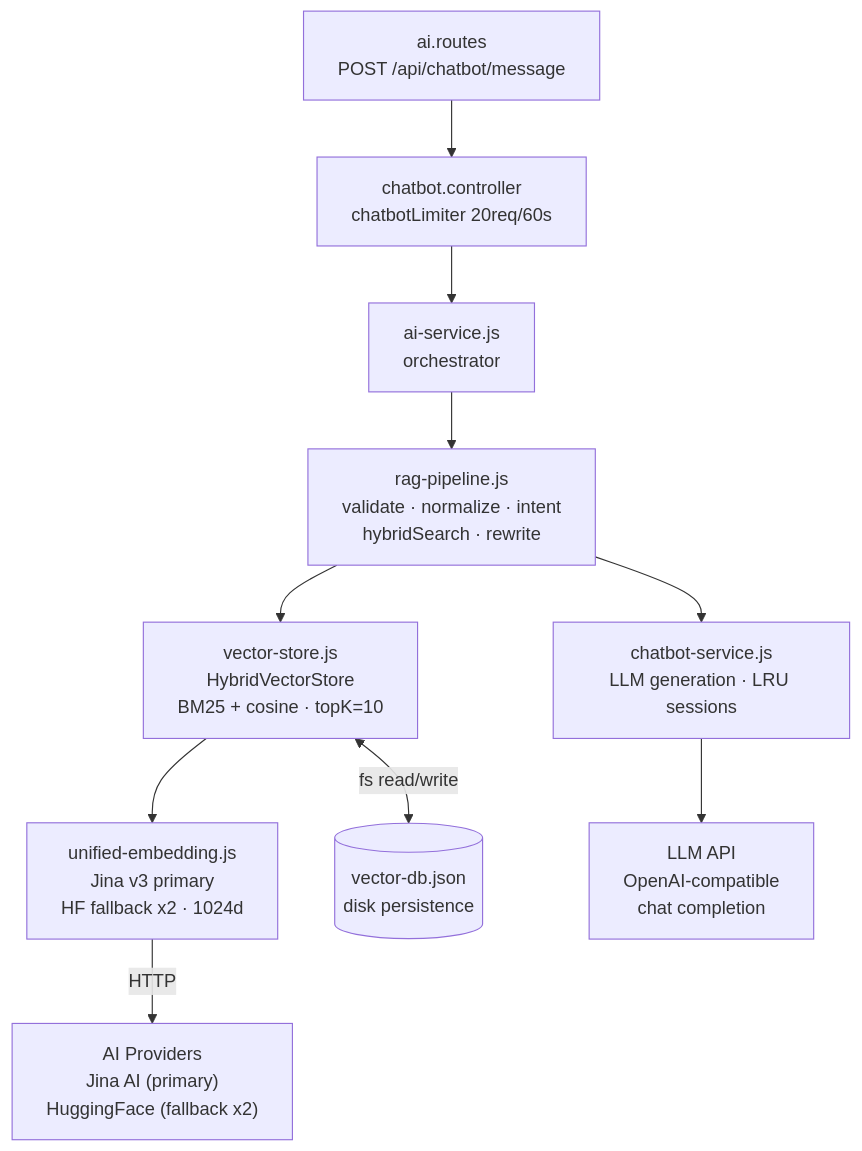
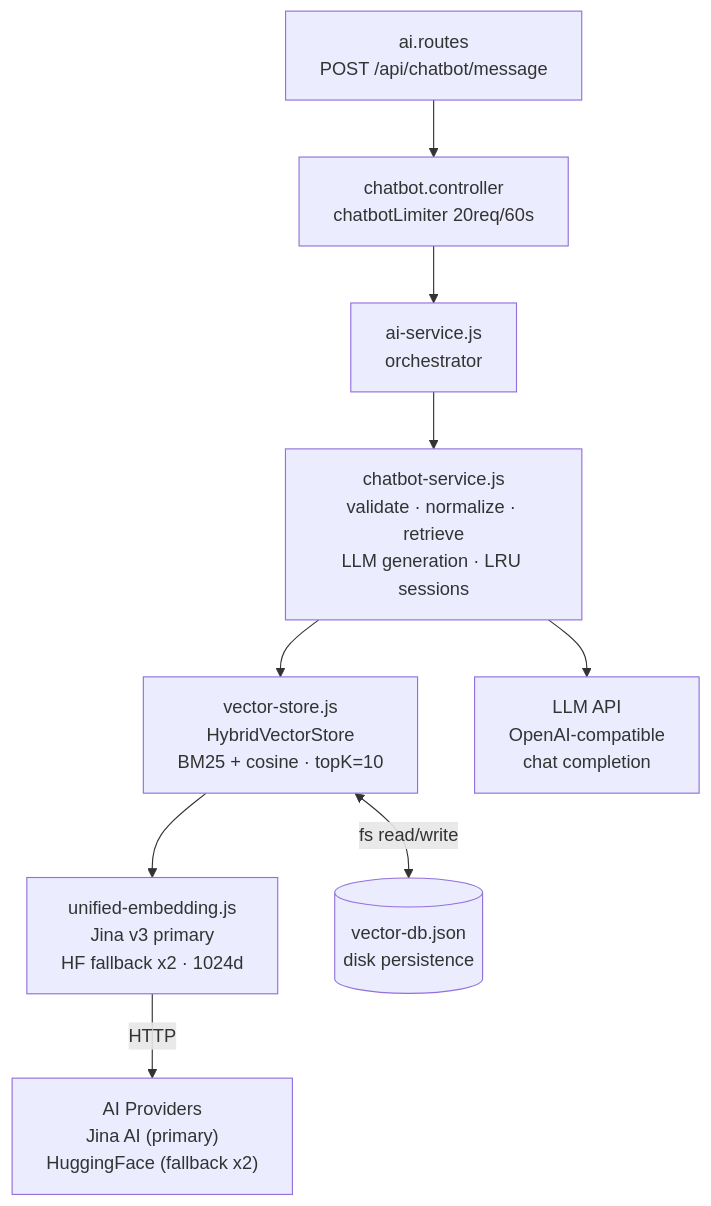
Diagram 45 of 47 in DIAGRAMS.md (MinhThang1009/E-commerce-website), drawn with Mermaid before and after one commit. The commit also changed other lines of this file and 134 other files, not shown here.

````diff
--- a/DIAGRAMS.md
+++ b/DIAGRAMS.md
@@ -1881,23 +1881,21 @@
 ```mermaid
 flowchart TB
     AI_R["ai.routes<br/>POST /api/chatbot/message"]
     AI_C["chatbot.controller<br/>chatbotLimiter 20req/60s"]
     AI_S["ai-service.js<br/>orchestrator"]
-    RAG["rag-pipeline.js<br/>validate · normalize · intent<br/>hybridSearch · rewrite"]
-    CHAT_S["chatbot-service.js<br/>LLM generation · LRU sessions"]
+    CHAT_S["chatbot-service.js<br/>validate · normalize · retrieve<br/>LLM generation · LRU sessions"]
     VS["vector-store.js<br/>HybridVectorStore<br/>BM25 + cosine · topK=10"]
     EMBED["unified-embedding.js<br/>Jina v3 primary<br/>HF fallback x2 · 1024d"]
     EXT_AI["AI Providers<br/>Jina AI (primary)<br/>HuggingFace (fallback x2)"]
     LLM["LLM API<br/>OpenAI-compatible<br/>chat completion"]
     DISK[("vector-db.json<br/>disk persistence")]
 
     AI_R --> AI_C
     AI_C --> AI_S
-    AI_S --> RAG
-    RAG --> VS
-    RAG --> CHAT_S
+    AI_S --> CHAT_S
+    CHAT_S --> VS
     VS --> EMBED
     EMBED -->|"HTTP"| EXT_AI
     VS <-->|"fs read/write"| DISK
     CHAT_S --> LLM
 ```
````
